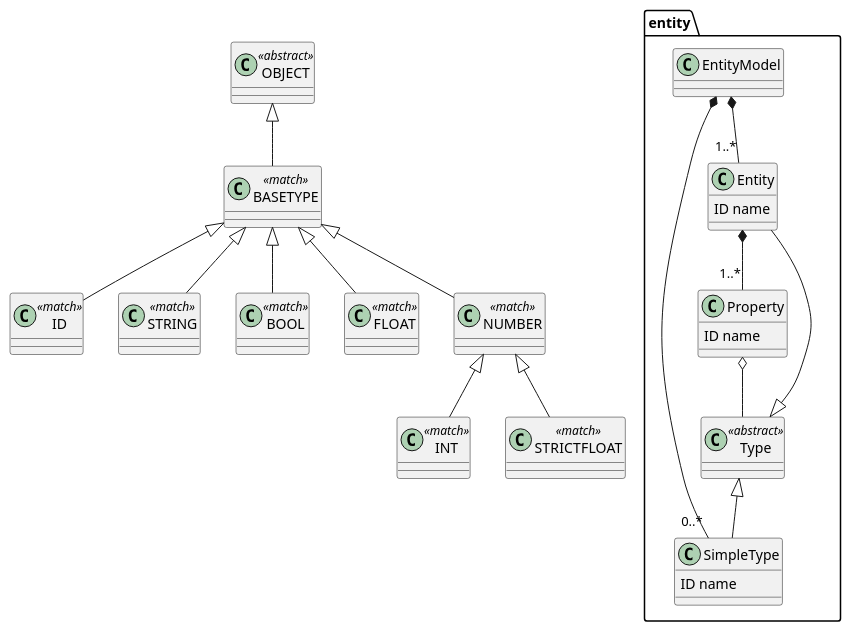
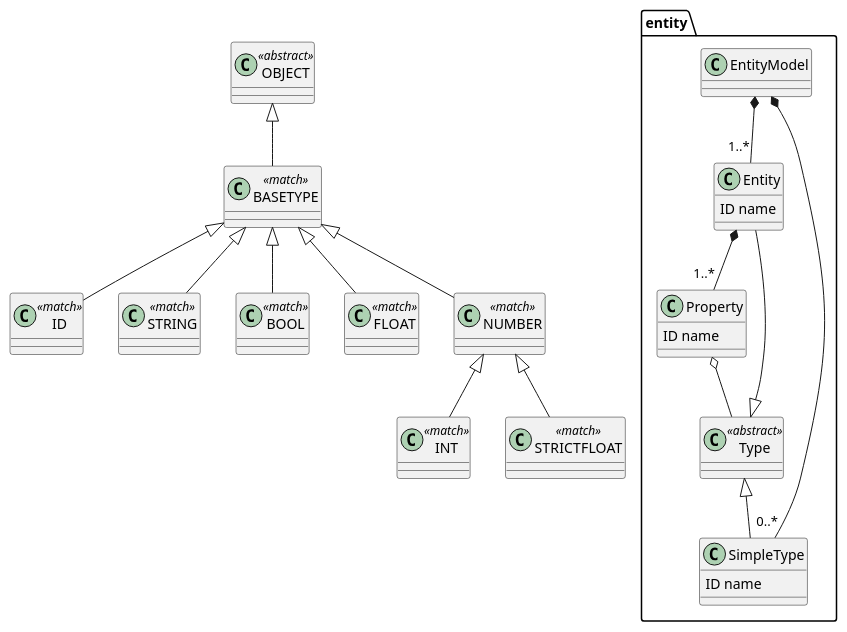
The diagram in examples/render_all_grammars/pu/docs_tutorials_entity_entity.pu (textX/textX), drawn with PlantUML before and after one commit. The commit also changed 179 other files, not shown here.

```diff
--- a/examples/render_all_grammars/pu/docs_tutorials_entity_entity.pu
+++ b/examples/render_all_grammars/pu/docs_tutorials_entity_entity.pu
@@ -1,76 +1,78 @@
 @startuml
-            set namespaceSeparator .
-        entity.EntityModel *-- "0..*" entity.SimpleType
-entity.EntityModel *-- "1..*" entity.Entity
+set namespaceSeparator .
+
+
 class entity.EntityModel  {
 }
 
 
-entity.Entity *-- "1..*" entity.Property
 class entity.Entity  {
-ID name
+  ID name
 }
 
 
-entity.Property o-- entity.Type
 class entity.Property  {
-ID name
+  ID name
 }
 
 
 class entity.Type <<abstract>> {
 }
 
-entity.Type <|-- entity.SimpleType
-entity.Type <|-- entity.Entity
 
 class entity.SimpleType  {
-ID name
+  ID name
 }
 
 
 class ID <<match>> {
 }
 
 
 class STRING <<match>> {
 }
 
 
 class BOOL <<match>> {
 }
 
 
 class INT <<match>> {
 }
 
 
 class FLOAT <<match>> {
 }
 
 
 class STRICTFLOAT <<match>> {
 }
 
 
 class NUMBER <<match>> {
 }
 
-NUMBER <|-- STRICTFLOAT
-NUMBER <|-- INT
 
 class BASETYPE <<match>> {
 }
 
+
+class OBJECT <<abstract>> {
+}
+
+
+entity.EntityModel *-- "0..*" entity.SimpleType
+entity.EntityModel *-- "1..*" entity.Entity
+entity.Entity *-- "1..*" entity.Property
+entity.Property o-- entity.Type
+entity.Type <|-- entity.SimpleType
+entity.Type <|-- entity.Entity
+NUMBER <|-- STRICTFLOAT
+NUMBER <|-- INT
 BASETYPE <|-- NUMBER
 BASETYPE <|-- FLOAT
 BASETYPE <|-- BOOL
 BASETYPE <|-- ID
 BASETYPE <|-- STRING
-
-class OBJECT <<abstract>> {
-}
-
 OBJECT <|-- BASETYPE
-
 @enduml
```
